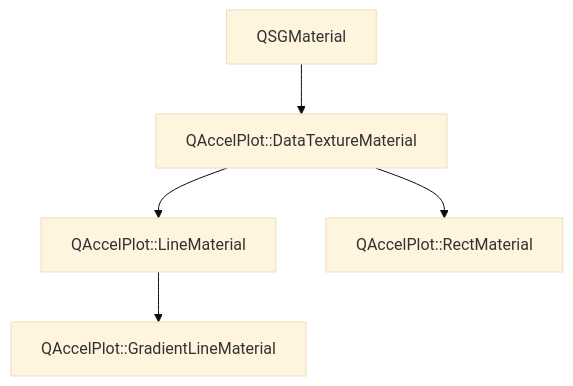
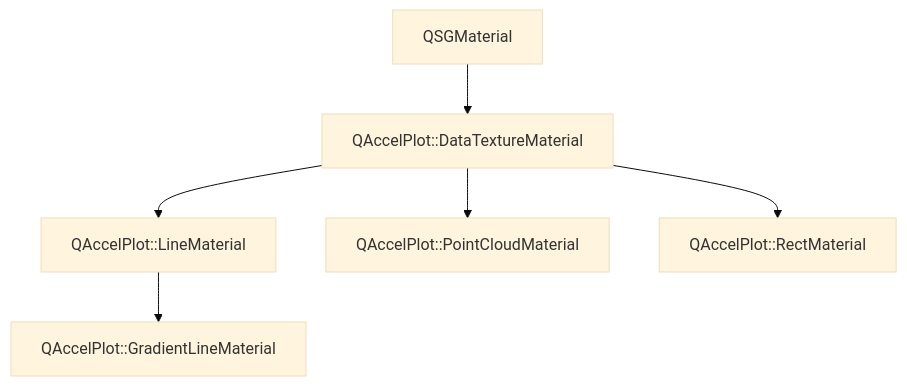
The diagram in main/assets/.doxy/QAccelPlot/api/classQAccelPlot_1_1DataTextureMaterial.md (michalgrabarczyk/QAccelPlot), drawn with Mermaid (base theme) before and after one commit. The commit also changed other lines of this file and 307 other files, not shown here.

````diff
--- a/main/assets/.doxy/QAccelPlot/api/classQAccelPlot_1_1DataTextureMaterial.md
+++ b/main/assets/.doxy/QAccelPlot/api/classQAccelPlot_1_1DataTextureMaterial.md
@@ -32,20 +32,24 @@
 ```mermaid
 flowchart TB
   classQAccelPlot_1_1DataTextureMaterial["QAccelPlot::DataTextureMaterial"]
 
   external_base_classQAccelPlot_1_1DataTextureMaterial_1["QSGMaterial"]
   external_base_classQAccelPlot_1_1DataTextureMaterial_1 --> classQAccelPlot_1_1DataTextureMaterial
 
   classQAccelPlot_1_1LineMaterial["QAccelPlot::LineMaterial"]
   classQAccelPlot_1_1DataTextureMaterial --> classQAccelPlot_1_1LineMaterial
   click classQAccelPlot_1_1LineMaterial "../classQAccelPlot_1_1LineMaterial/" "Open QAccelPlot::LineMaterial"
 
   classQAccelPlot_1_1GradientLineMaterial["QAccelPlot::GradientLineMaterial"]
   classQAccelPlot_1_1LineMaterial --> classQAccelPlot_1_1GradientLineMaterial
   click classQAccelPlot_1_1GradientLineMaterial "../classQAccelPlot_1_1GradientLineMaterial/" "Open QAccelPlot::GradientLineMaterial"
 
+  classQAccelPlot_1_1PointCloudMaterial["QAccelPlot::PointCloudMaterial"]
+  classQAccelPlot_1_1DataTextureMaterial --> classQAccelPlot_1_1PointCloudMaterial
+  click classQAccelPlot_1_1PointCloudMaterial "../classQAccelPlot_1_1PointCloudMaterial/" "Open QAccelPlot::PointCloudMaterial"
+
   classQAccelPlot_1_1RectMaterial["QAccelPlot::RectMaterial"]
   classQAccelPlot_1_1DataTextureMaterial --> classQAccelPlot_1_1RectMaterial
   click classQAccelPlot_1_1RectMaterial "../classQAccelPlot_1_1RectMaterial/" "Open QAccelPlot::RectMaterial"
 
 ```
````
